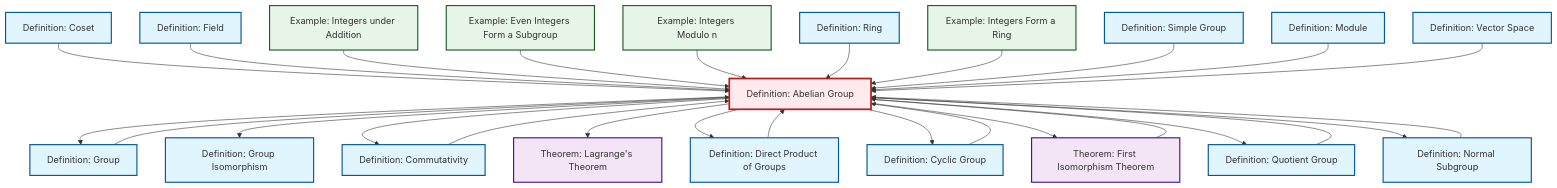
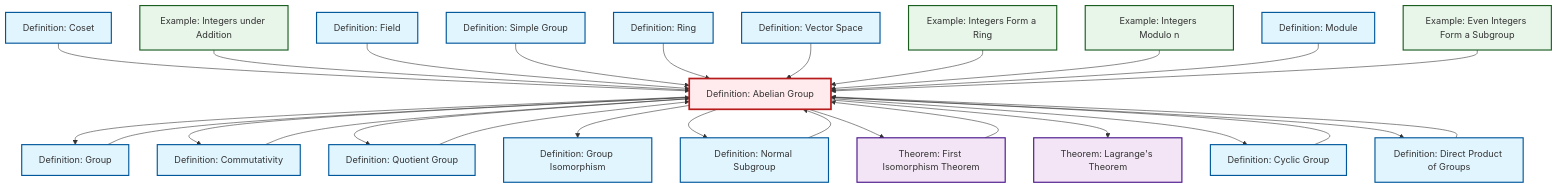
The diagram in content/en/algebra/def-abelian-group.qmd (RK0429/ModernMath), drawn with Mermaid before and after one commit. The commit also changed other lines of this file and 619 other files, not shown here.

````diff
--- a/content/en/algebra/def-abelian-group.qmd
+++ b/content/en/algebra/def-abelian-group.qmd
@@ -103,75 +103,75 @@
 ```{mermaid}
 %%| fig-cap: "Local dependency graph"
 graph TD
     classDef definition fill:#e1f5fe,stroke:#01579b,stroke-width:2px
     classDef theorem fill:#f3e5f5,stroke:#4a148c,stroke-width:2px
     classDef axiom fill:#fff3e0,stroke:#e65100,stroke-width:2px
     classDef example fill:#e8f5e9,stroke:#1b5e20,stroke-width:2px
     classDef current fill:#ffebee,stroke:#b71c1c,stroke-width:3px
-    ex-quotient-integers-mod-n["Example: Integers Modulo n"]:::example
-    def-normal-subgroup["Definition: Normal Subgroup"]:::definition
-    thm-first-isomorphism["Theorem: First Isomorphism Theorem"]:::theorem
-    def-direct-product["Definition: Direct Product of Groups"]:::definition
-    ex-even-integers-subgroup["Example: Even Integers Form a Subgroup"]:::example
-    def-cyclic-group["Definition: Cyclic Group"]:::definition
     ex-integers-addition["Example: Integers under Addition"]:::example
     def-isomorphism["Definition: Group Isomorphism"]:::definition
-    def-group["Definition: Group"]:::definition
-    thm-lagrange["Theorem: Lagrange's Theorem"]:::theorem
-    def-coset["Definition: Coset"]:::definition
-    def-field["Definition: Field"]:::definition
     def-commutativity["Definition: Commutativity"]:::definition
-    def-quotient-group["Definition: Quotient Group"]:::definition
-    def-simple-group["Definition: Simple Group"]:::definition
+    ex-integers-ring["Example: Integers Form a Ring"]:::example
     def-module["Definition: Module"]:::definition
     def-vector-space["Definition: Vector Space"]:::definition
+    def-normal-subgroup["Definition: Normal Subgroup"]:::definition
+    def-cyclic-group["Definition: Cyclic Group"]:::definition
+    ex-quotient-integers-mod-n["Example: Integers Modulo n"]:::example
+    def-field["Definition: Field"]:::definition
+    def-simple-group["Definition: Simple Group"]:::definition
+    ex-even-integers-subgroup["Example: Even Integers Form a Subgroup"]:::example
     def-ring["Definition: Ring"]:::definition
+    def-direct-product["Definition: Direct Product of Groups"]:::definition
     def-abelian-group["Definition: Abelian Group"]:::definition
-    ex-integers-ring["Example: Integers Form a Ring"]:::example
+    thm-lagrange["Theorem: Lagrange's Theorem"]:::theorem
+    def-group["Definition: Group"]:::definition
+    thm-first-isomorphism["Theorem: First Isomorphism Theorem"]:::theorem
+    def-quotient-group["Definition: Quotient Group"]:::definition
+    def-coset["Definition: Coset"]:::definition
+    def-abelian-group --> def-group
+    def-abelian-group --> def-commutativity
+    def-abelian-group --> def-quotient-group
+    def-direct-product --> def-abelian-group
+    def-abelian-group --> def-isomorphism
+    def-abelian-group --> def-normal-subgroup
     def-coset --> def-abelian-group
-    def-direct-product --> def-abelian-group
-    def-abelian-group --> def-group
+    ex-integers-addition --> def-abelian-group
     def-field --> def-abelian-group
-    ex-integers-addition --> def-abelian-group
+    def-simple-group --> def-abelian-group
+    def-ring --> def-abelian-group
+    def-cyclic-group --> def-abelian-group
+    def-vector-space --> def-abelian-group
+    def-abelian-group --> thm-first-isomorphism
+    ex-integers-ring --> def-abelian-group
+    ex-quotient-integers-mod-n --> def-abelian-group
+    thm-first-isomorphism --> def-abelian-group
+    def-abelian-group --> thm-lagrange
+    def-quotient-group --> def-abelian-group
+    def-abelian-group --> def-cyclic-group
+    def-module --> def-abelian-group
+    def-normal-subgroup --> def-abelian-group
     ex-even-integers-subgroup --> def-abelian-group
-    def-abelian-group --> def-isomorphism
-    def-normal-subgroup --> def-abelian-group
-    def-abelian-group --> def-commutativity
-    def-abelian-group --> thm-lagrange
-    ex-quotient-integers-mod-n --> def-abelian-group
+    def-commutativity --> def-abelian-group
+    def-group --> def-abelian-group
     def-abelian-group --> def-direct-product
-    def-abelian-group --> def-cyclic-group
-    thm-first-isomorphism --> def-abelian-group
-    def-ring --> def-abelian-group
-    ex-integers-ring --> def-abelian-group
-    def-commutativity --> def-abelian-group
-    def-cyclic-group --> def-abelian-group
-    def-simple-group --> def-abelian-group
-    def-quotient-group --> def-abelian-group
-    def-abelian-group --> thm-first-isomorphism
-    def-group --> def-abelian-group
-    def-abelian-group --> def-quotient-group
-    def-module --> def-abelian-group
-    def-vector-space --> def-abelian-group
-    def-abelian-group --> def-normal-subgroup
     class def-abelian-group current
-    click ex-quotient-integers-mod-n "ex-quotient-integers-mod-n.html" "Go to Integers Modulo n example"
-    click def-normal-subgroup "def-normal-subgroup.html" "Go to Normal Subgroup definition"
-    click thm-first-isomorphism "thm-first-isomorphism.html" "Go to First Isomorphism Theorem theorem"
-    click def-direct-product "def-direct-product.html" "Go to Direct Product of Groups definition"
-    click ex-even-integers-subgroup "ex-even-integers-subgroup.html" "Go to Even Integers Form a Subgroup example"
-    click def-cyclic-group "def-cyclic-group.html" "Go to Cyclic Group definition"
     click ex-integers-addition "ex-integers-addition.html" "Go to Integers under Addition example"
     click def-isomorphism "def-isomorphism.html" "Go to Group Isomorphism definition"
-    click def-group "def-group.html" "Go to Group definition"
-    click thm-lagrange "thm-lagrange.html" "Go to Lagrange's Theorem theorem"
-    click def-coset "def-coset.html" "Go to Coset definition"
-    click def-field "def-field.html" "Go to Field definition"
     click def-commutativity "def-commutativity.html" "Go to Commutativity definition"
-    click def-quotient-group "def-quotient-group.html" "Go to Quotient Group definition"
-    click def-simple-group "def-simple-group.html" "Go to Simple Group definition"
+    click ex-integers-ring "ex-integers-ring.html" "Go to Integers Form a Ring example"
     click def-module "def-module.html" "Go to Module definition"
     click def-vector-space "def-vector-space.html" "Go to Vector Space definition"
+    click def-normal-subgroup "def-normal-subgroup.html" "Go to Normal Subgroup definition"
+    click def-cyclic-group "def-cyclic-group.html" "Go to Cyclic Group definition"
+    click ex-quotient-integers-mod-n "ex-quotient-integers-mod-n.html" "Go to Integers Modulo n example"
+    click def-field "def-field.html" "Go to Field definition"
+    click def-simple-group "def-simple-group.html" "Go to Simple Group definition"
+    click ex-even-integers-subgroup "ex-even-integers-subgroup.html" "Go to Even Integers Form a Subgroup example"
     click def-ring "def-ring.html" "Go to Ring definition"
-    click ex-integers-ring "ex-integers-ring.html" "Go to Integers Form a Ring example"
+    click def-direct-product "def-direct-product.html" "Go to Direct Product of Groups definition"
+    click thm-lagrange "thm-lagrange.html" "Go to Lagrange's Theorem theorem"
+    click def-group "def-group.html" "Go to Group definition"
+    click thm-first-isomorphism "thm-first-isomorphism.html" "Go to First Isomorphism Theorem theorem"
+    click def-quotient-group "def-quotient-group.html" "Go to Quotient Group definition"
+    click def-coset "def-coset.html" "Go to Coset definition"
 ```
````
